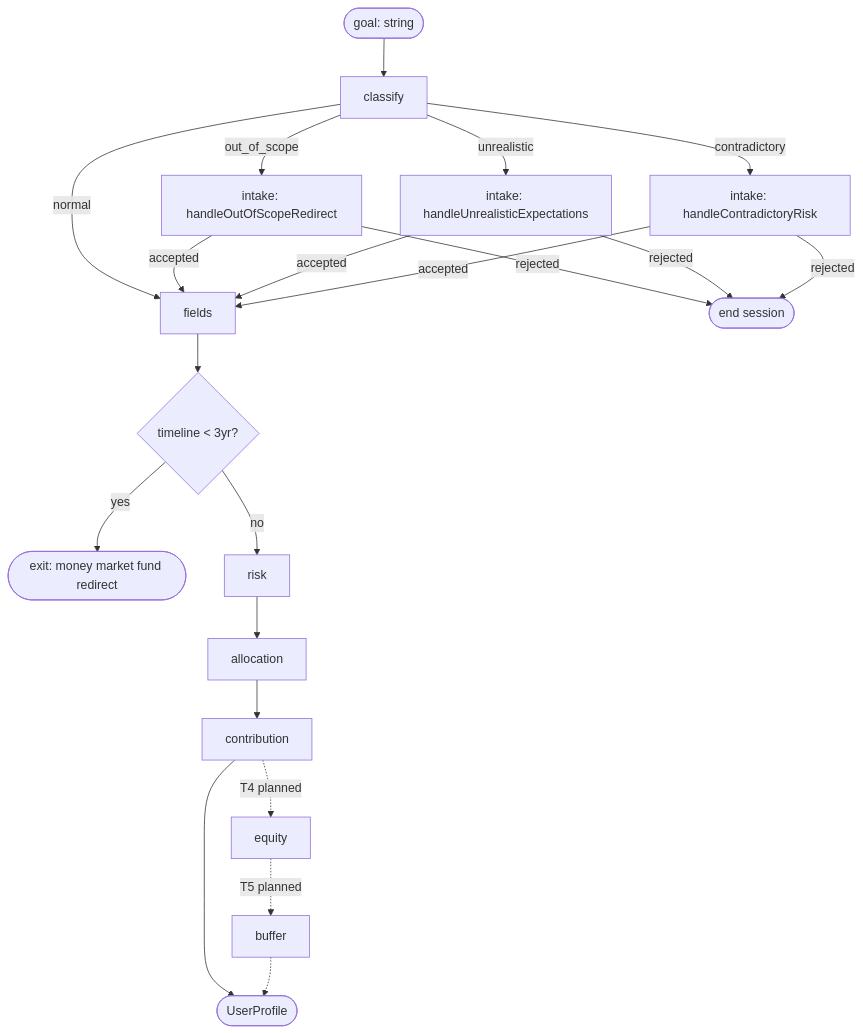
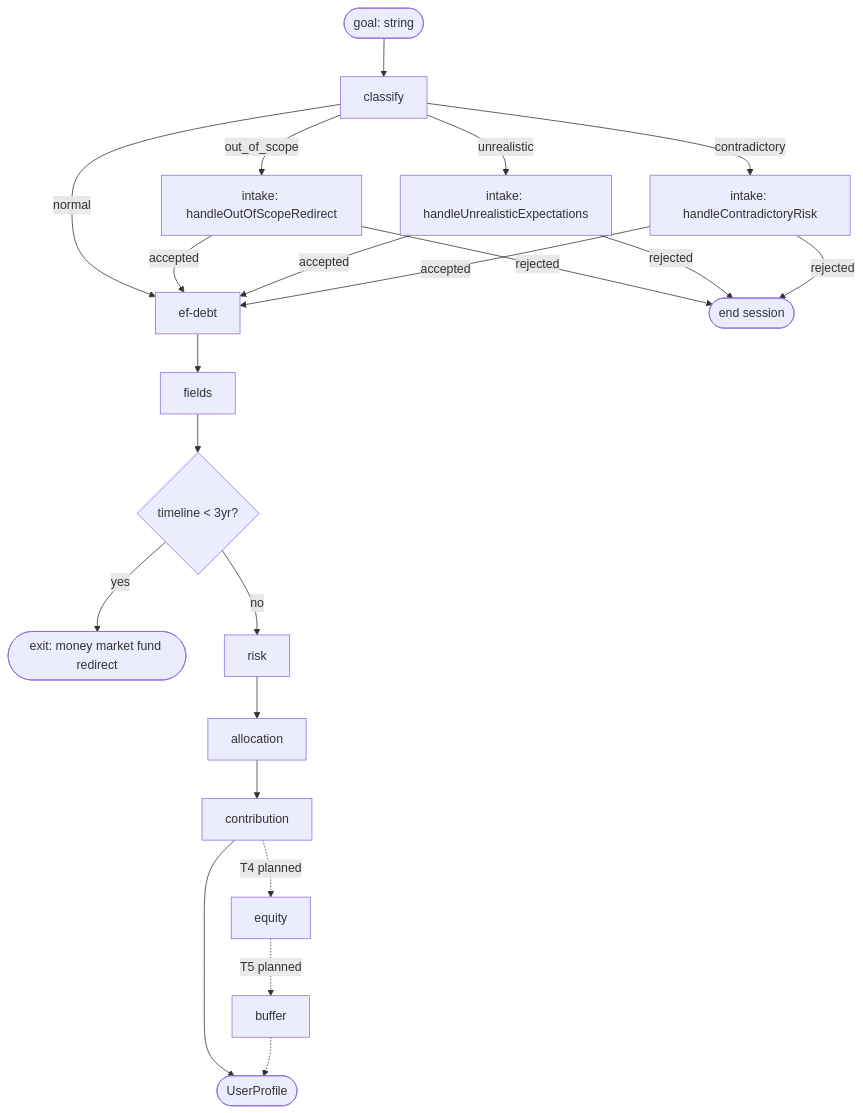
The diagram in documentation/ARCHITECTURE.md (itayg43/lazy-advisor), drawn with Mermaid before and after one commit. The commit also changed other lines of this file and 7 other files, not shown here.

````diff
--- a/documentation/ARCHITECTURE.md
+++ b/documentation/ARCHITECTURE.md
@@ -11,25 +11,26 @@
 ```mermaid
 flowchart TD
     Start([goal: string]) --> Classify[classify]
-    Classify -->|normal| Fields[fields]
+    Classify -->|normal| EfDebt[ef-debt]
     Classify -->|out_of_scope| OOS[intake: handleOutOfScopeRedirect]
     Classify -->|unrealistic| Unreal[intake: handleUnrealisticExpectations]
     Classify -->|contradictory| Contra[intake: handleContradictoryRisk]
 
-    OOS -->|accepted| Fields
+    OOS -->|accepted| EfDebt
     OOS -->|rejected| End([end session])
-    Unreal -->|accepted| Fields
+    Unreal -->|accepted| EfDebt
     Unreal -->|rejected| End
-    Contra -->|accepted| Fields
+    Contra -->|accepted| EfDebt
     Contra -->|rejected| End
 
+    EfDebt --> Fields[fields]
     Fields --> ShortHorizon{timeline < 3yr?}
     ShortHorizon -->|yes| ExitShort([exit: money market fund redirect])
     ShortHorizon -->|no| Risk[risk]
     Risk --> Allocation[allocation]
     Allocation --> Contribution[contribution]
     Contribution --> Profile([UserProfile])
     Contribution -.->|T4 planned| Equity[equity]
     Equity -.->|T5 planned| Buffer[buffer]
     Buffer -.-> Profile
 ```
````
